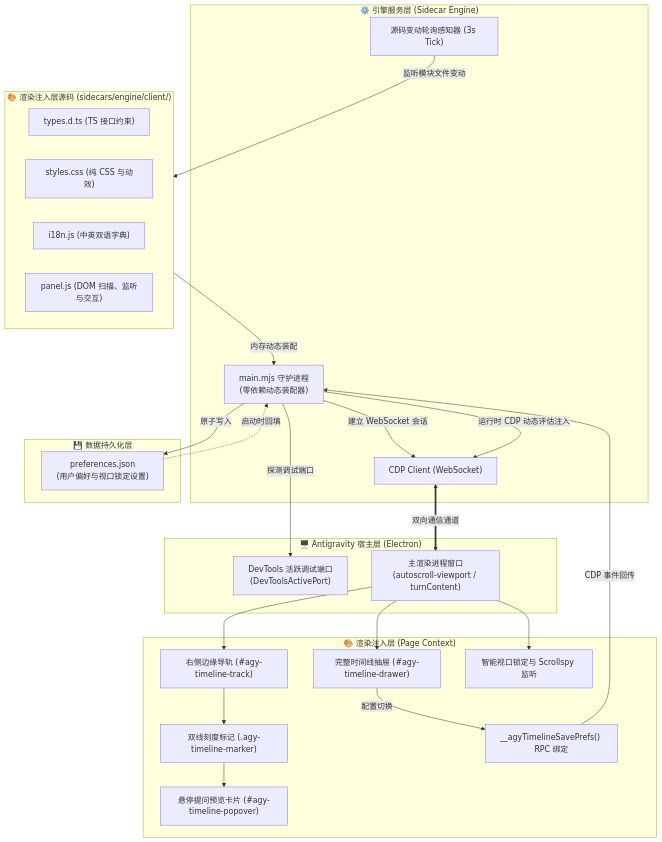
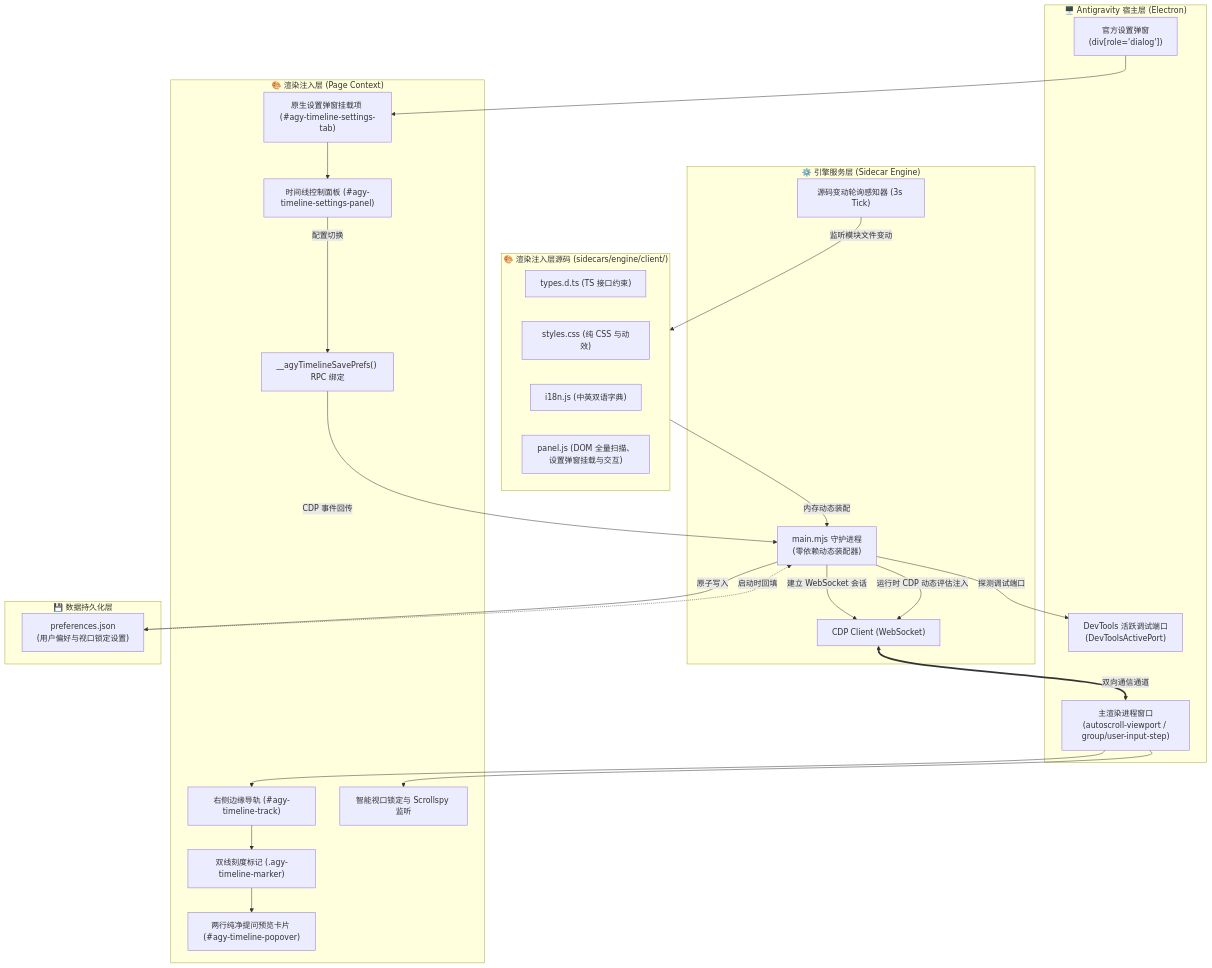
The first of 2 diagrams in ARCHITECTURE.md (moumouye/antigravity-timeline), drawn with Mermaid before and after one commit. The commit also changed other lines of this file and 7 other files, not shown here.

````diff
--- a/ARCHITECTURE.md
+++ b/ARCHITECTURE.md
@@ -11,51 +11,54 @@
 ```mermaid
 flowchart TB
     subgraph Host ["🖥️ Antigravity 宿主层 (Electron)"]
         DevTools["DevTools 活跃调试端口<br/>(DevToolsActivePort)"]
-        Renderer["主渲染进程窗口<br/>(autoscroll-viewport / turnContent)"]
+        Renderer["主渲染进程窗口<br/>(autoscroll-viewport / group/user-input-step)"]
+        NativeSettings["官方设置弹窗<br/>(div[role='dialog'])"]
     end
 
     subgraph Sidecar ["⚙️ 引擎服务层 (Sidecar Engine)"]
         Main["main.mjs 守护进程<br/>(零依赖动态装配器)"]
         CDP["CDP Client (WebSocket)"]
         Watcher["源码变动轮询感知器 (3s Tick)"]
     end
 
     subgraph Client ["🎨 渲染注入层源码 (sidecars/engine/client/)"]
         Types["types.d.ts (TS 接口约束)"]
         Styles["styles.css (纯 CSS 与动效)"]
         I18n["i18n.js (中英双语字典)"]
-        Panel["panel.js (DOM 扫描、监听与交互)"]
+        Panel["panel.js (DOM 全量扫描、设置弹窗挂载与交互)"]
     end
 
     subgraph Injected ["🎨 渲染注入层 (Page Context)"]
         Track["右侧边缘导轨 (#agy-timeline-track)"]
         Markers["双线刻度标记 (.agy-timeline-marker)"]
-        Popover["悬停提问预览卡片 (#agy-timeline-popover)"]
-        Drawer["完整时间线抽屉 (#agy-timeline-drawer)"]
+        Popover["两行纯净提问预览卡片 (#agy-timeline-popover)"]
+        SettingsTab["原生设置弹窗挂载项 (#agy-timeline-settings-tab)"]
+        SettingsPanel["时间线控制面板 (#agy-timeline-settings-panel)"]
         ScrollController["智能视口锁定与 Scrollspy 监听"]
         Binding["__agyTimelineSavePrefs() RPC 绑定"]
     end
 
     subgraph Storage ["💾 数据持久化层"]
         Prefs["preferences.json<br/>(用户偏好与视口锁定设置)"]
     end
 
     Main -->|探测调试端口| DevTools
     Main -->|建立 WebSocket 会话| CDP
     CDP <==>|双向通信通道| Renderer
 
     Watcher -->|监听模块文件变动| Client
     Client -->|内存动态装配| Main
     Main -->|运行时 CDP 动态评估注入| CDP
 
     Renderer --> Track
     Track --> Markers
     Markers --> Popover
-    Renderer --> Drawer
+    NativeSettings --> SettingsTab
+    SettingsTab --> SettingsPanel
     Renderer --> ScrollController
-    Drawer -->|配置切换| Binding
+    SettingsPanel -->|配置切换| Binding
     Binding -->|CDP 事件回传| Main
     Main -->|原子写入| Prefs
     Prefs -.->|启动时回填| Main
 ```
````
